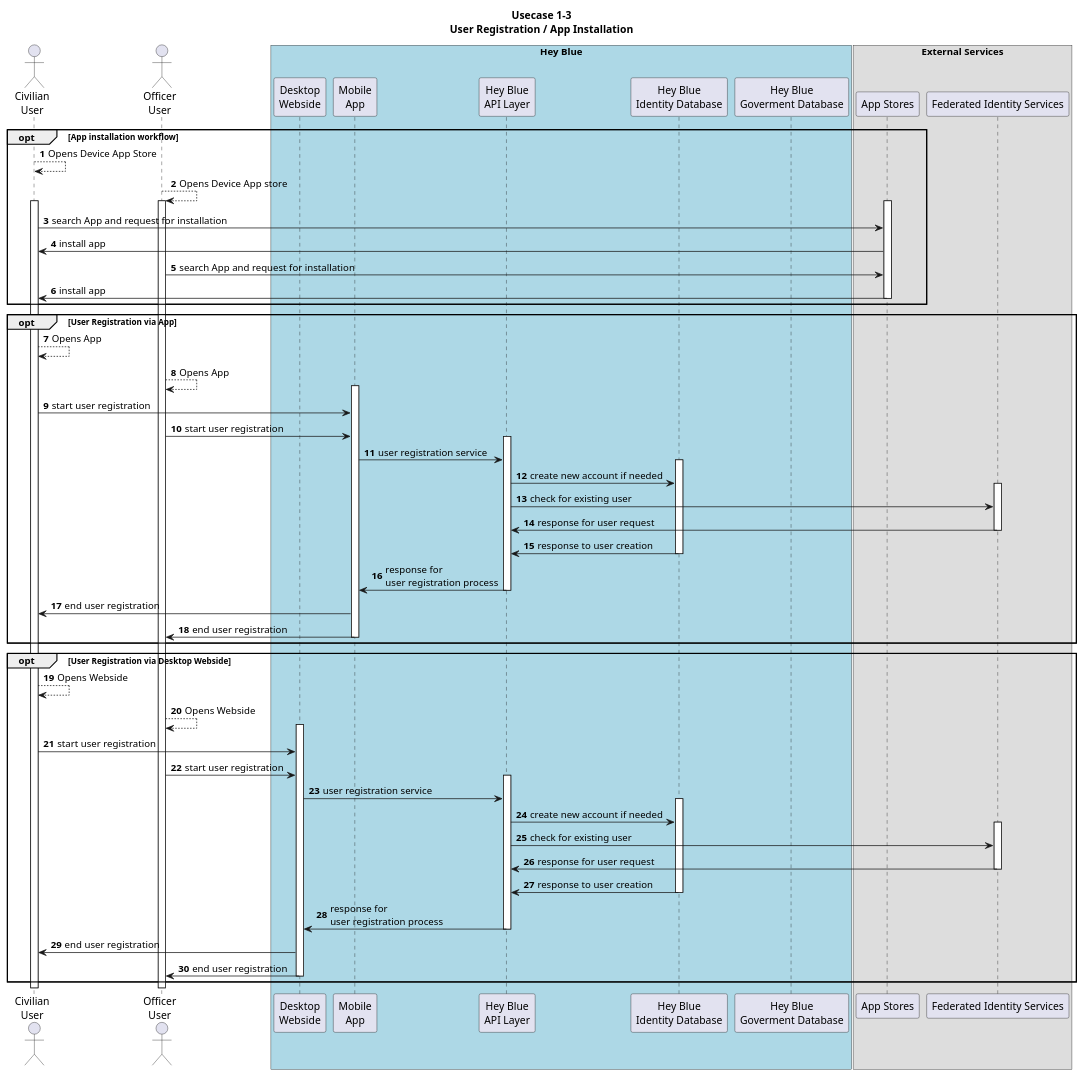
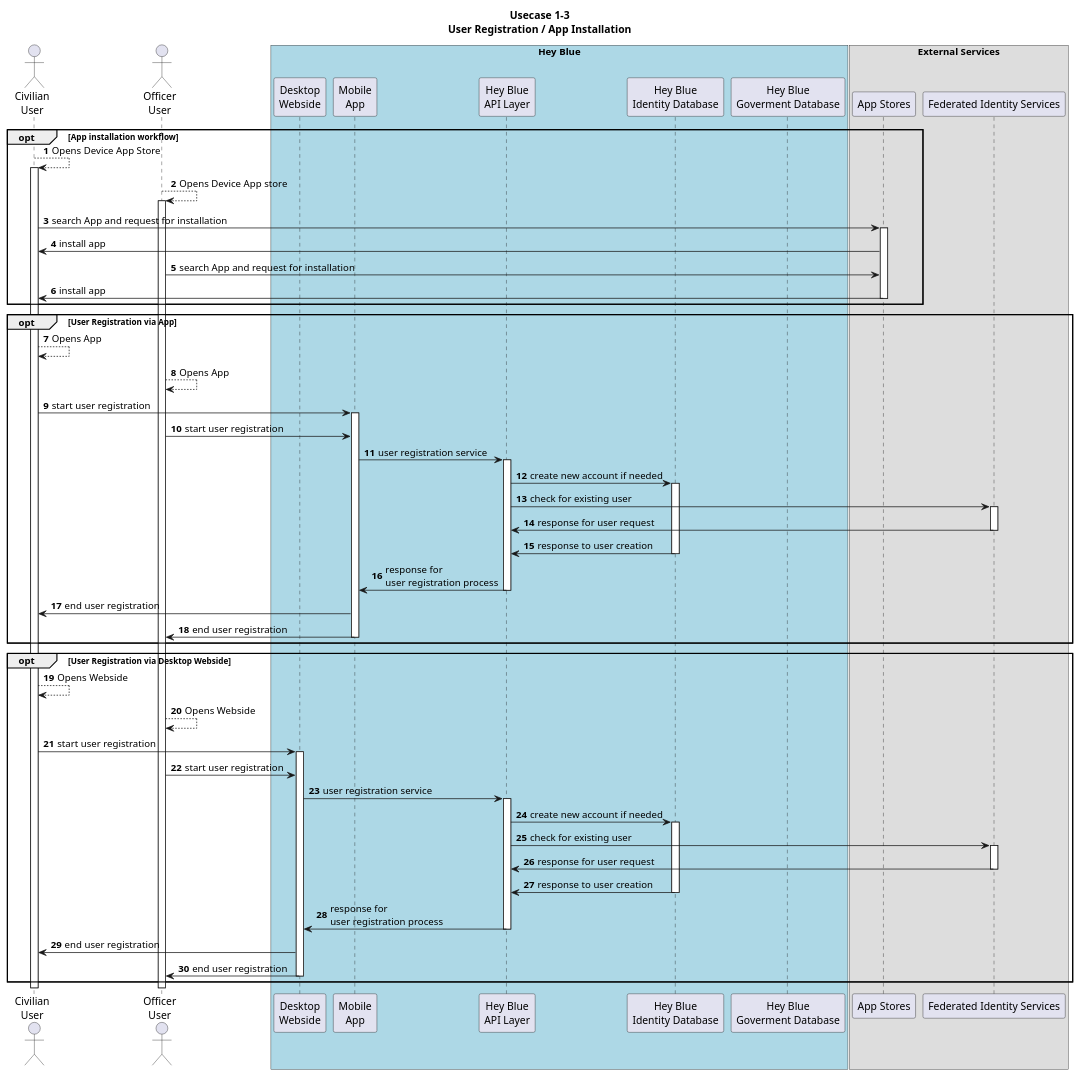
The diagram in WiP/Usecases/1-3/1-3.puml (MinniMieze/HeyBlue), drawn with PlantUML before and after one commit.

Commit message:
minor adjustments of activating participants

```diff
--- a/WiP/Usecases/1-3/1-3.puml
+++ b/WiP/Usecases/1-3/1-3.puml
@@ -1,99 +1,104 @@
 @startuml  App Installation & User Registration
 
 title
 Usecase 1-3
 User Registration / App Installation
 end title
 
 autonumber
 
 actor Civ as "Civilian\nUser"
 actor Off as "Officer\nUser"
 
 box "Hey Blue" #Lightblue
     participant Desktop as "Desktop\nWebside"
     participant Mobile as "Mobile\nApp"
 
     participant API_Layer as "Hey Blue\nAPI Layer"
 
     participant ID_DB as "Hey Blue\nIdentity Database"
     participant GOV_DB as "Hey Blue\nGoverment Database"
 end box
 
 box "External Services" 
     participant Appstore as "App Stores"
     participant FIS as "Federated Identity Services"
 end box
 
 '##### App Installation
 
 opt App installation workflow
-Civ --> Civ : Opens Device App Store
-Off --> Off : Opens Device App store
- activate Civ
- activate Off
+    Civ --> Civ : Opens Device App Store
+    activate Civ
+    Off --> Off : Opens Device App store
+    activate Off
+    Civ -> Appstore : search App and request for installation
     activate Appstore
-    Civ -> Appstore : search App and request for installation
-    Appstore -> Civ : install app
-    Off -> Appstore : search App and request for installation
-    Appstore -> Civ : install app
-    deactivate Appstore 
+        Appstore -> Civ : install app
+        Off -> Appstore : search App and request for installation
+        Appstore -> Civ : install app
+    deactivate Appstore
 end
 
 
 '###### User Registration
 
 opt User Registration via App
 Civ --> Civ : Opens App
 Off --> Off : Opens App
+    
+    Civ -> Mobile : start user registration
     activate Mobile
-    Civ -> Mobile : start user registration
     Off -> Mobile : start user registration
-        activate API_Layer 
+        
         Mobile -> API_Layer : user registration service
-            activate ID_DB
+            activate API_Layer 
             API_Layer -> ID_DB : create new account if needed
+                activate ID_DB
+                API_Layer -> FIS : check for existing user
                 activate FIS
-                API_Layer -> FIS : check for existing user
                 FIS -> API_Layer : response for user request
                 deactivate FIS
             ID_DB -> API_Layer : response to user creation
             deactivate ID_DB
         API_Layer -> Mobile : response for \nuser registration process
         deactivate API_Layer
     Mobile -> Civ : end user registration
     Mobile -> Off : end user registration
     deactivate Mobile
 end
 
 
 opt User Registration via Desktop Webside
 Civ --> Civ : Opens Webside
 Off --> Off : Opens Webside
-   activate Desktop
+   
     Civ -> Desktop : start user registration
+    activate Desktop
     Off -> Desktop : start user registration
-        activate API_Layer 
+         
         Desktop -> API_Layer : user registration service
-            activate ID_DB
+            
+            activate API_Layer
             API_Layer -> ID_DB : create new account if needed
+                activate ID_DB
+                API_Layer -> FIS : check for existing user
                 activate FIS
-                API_Layer -> FIS : check for existing user
                 FIS -> API_Layer : response for user request
                 deactivate FIS
             ID_DB -> API_Layer : response to user creation
             deactivate ID_DB
         API_Layer -> Desktop : response for \nuser registration process
         deactivate API_Layer
     Desktop -> Civ : end user registration
     Desktop -> Off : end user registration
     deactivate Desktop
 end
 
 
 
 '###### missing
 ' Fill the gov DB or manual check via Admin GUI
 ' Check Gov User against Gov DB
 
 @enduml 
```
